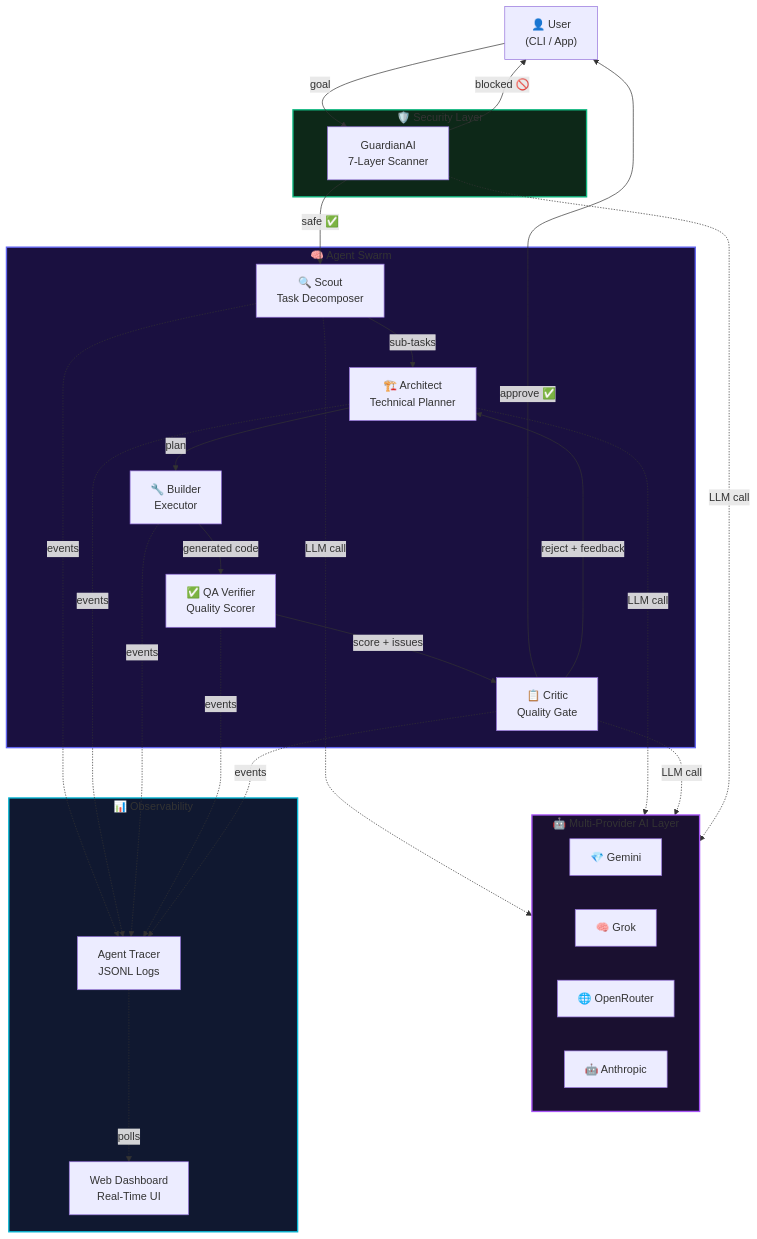
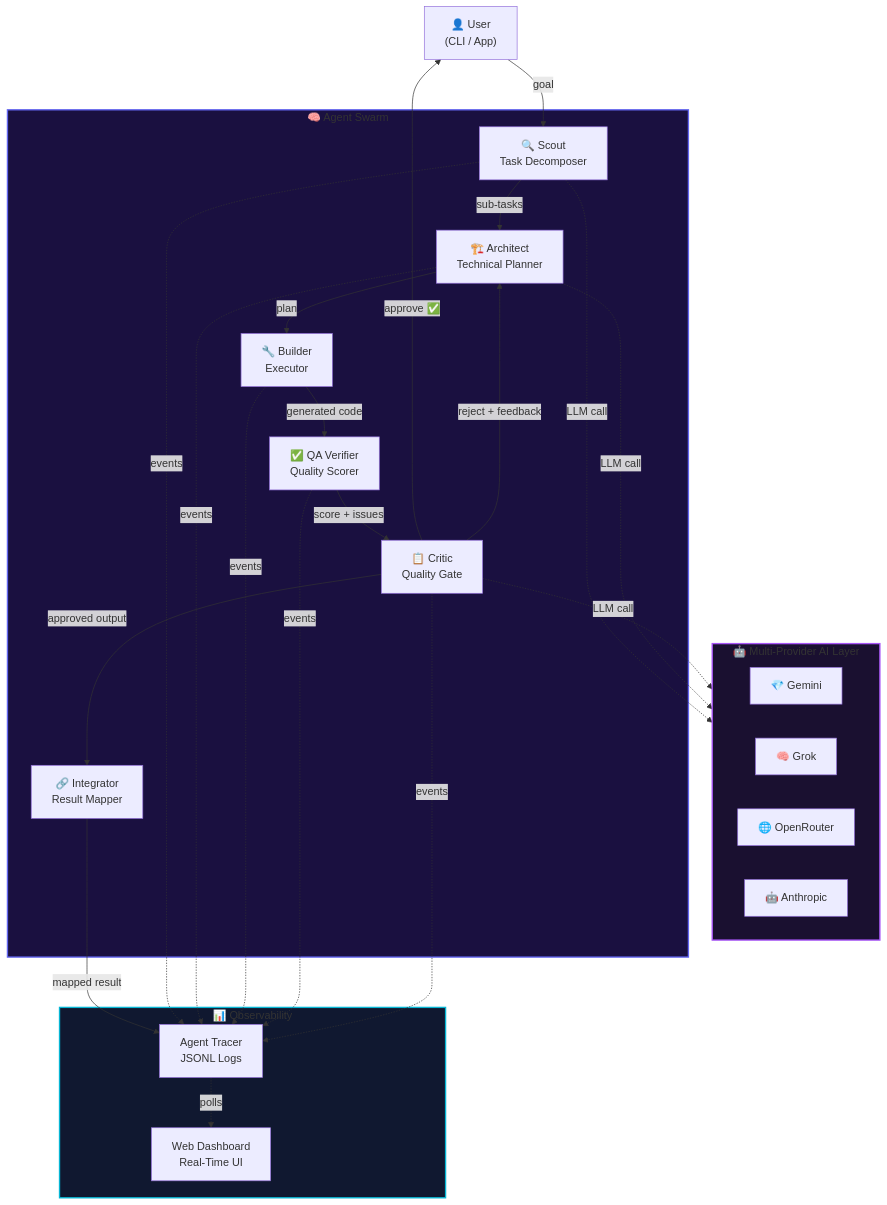
The first of 3 diagrams in README.md (namanhere23/DevMatrix), drawn with Mermaid before and after one commit. The commit also changed other lines of this file, not shown here.

````diff
--- a/README.md
+++ b/README.md
@@ -54,55 +65,50 @@
 ```mermaid
 graph TB
     User["👤 User<br/>(CLI / App)"]
-
+ 
     subgraph ProviderLayer["🤖 Multi-Provider AI Layer"]
         Gemini["💎 Gemini"]
         Grok["🧠 Grok"]
         OpenRouter["🌐 OpenRouter"]
         Anthropic["🤖 Anthropic"]
     end
-
-    subgraph SecurityLayer["🛡️ Security Layer"]
-        Guardian["GuardianAI<br/>7-Layer Scanner"]
-    end
-
+ 
     subgraph AgentSwarm["🧠 Agent Swarm"]
         Scout["🔍 Scout<br/>Task Decomposer"]
         Architect["🏗️ Architect<br/>Technical Planner"]
         Builder["🔧 Builder<br/>Executor"]
         QAVerifier["✅ QA Verifier<br/>Quality Scorer"]
         Critic["📋 Critic<br/>Quality Gate"]
+        Integrator["🔗 Integrator<br/>Result Mapper"]
     end
-
+ 
     subgraph Observability["📊 Observability"]
         Tracer["Agent Tracer<br/>JSONL Logs"]
         Dashboard["Web Dashboard<br/>Real-Time UI"]
     end
-
-    User -->|"goal"| Guardian
-    Guardian -->|"safe ✅"| Scout
-    Guardian -->|"blocked 🚫"| User
+ 
+    User -->|"goal"| Scout
     Scout -->|"sub-tasks"| Architect
     Architect -->|"plan"| Builder
     Builder -->|"generated code"| QAVerifier
     QAVerifier -->|"score + issues"| Critic
     Critic -->|"approve ✅"| User
     Critic -->|"reject + feedback"| Architect
-
+    Critic -->|"approved output"| Integrator
+    Integrator -->|"mapped result"| Tracer
+ 
     Scout -.->|"LLM call"| ProviderLayer
     Architect -.->|"LLM call"| ProviderLayer
     Critic -.->|"LLM call"| ProviderLayer
-    Guardian -.->|"LLM call"| ProviderLayer
-
+ 
     Scout -.->|"events"| Tracer
     Architect -.->|"events"| Tracer
     Builder -.->|"events"| Tracer
     QAVerifier -.->|"events"| Tracer
     Critic -.->|"events"| Tracer
     Tracer -.->|"polls"| Dashboard
-
+ 
     style ProviderLayer fill:#1a1030,stroke:#a855f7,stroke-width:2px
-    style SecurityLayer fill:#0d2818,stroke:#10b981,stroke-width:2px
     style AgentSwarm fill:#1a1040,stroke:#6366f1,stroke-width:2px
     style Observability fill:#101830,stroke:#06b6d4,stroke-width:2px
 ```
````
